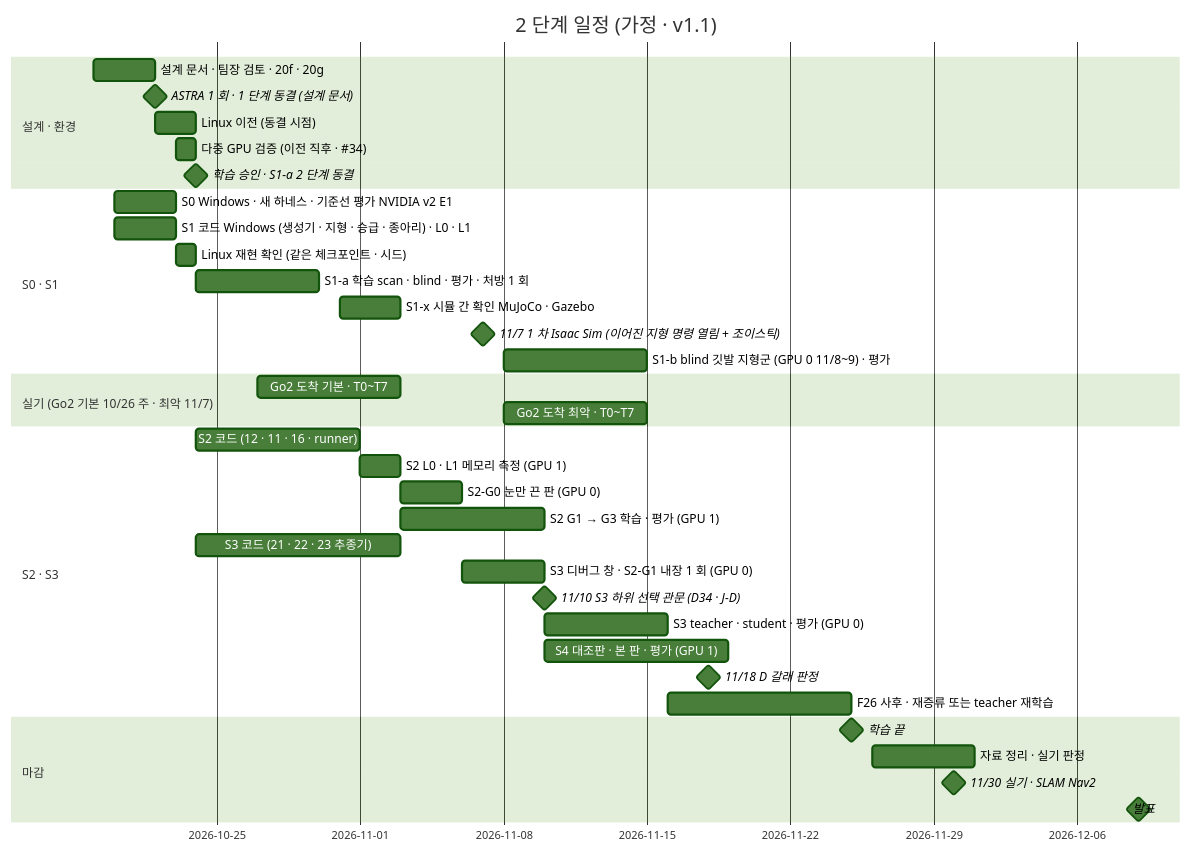
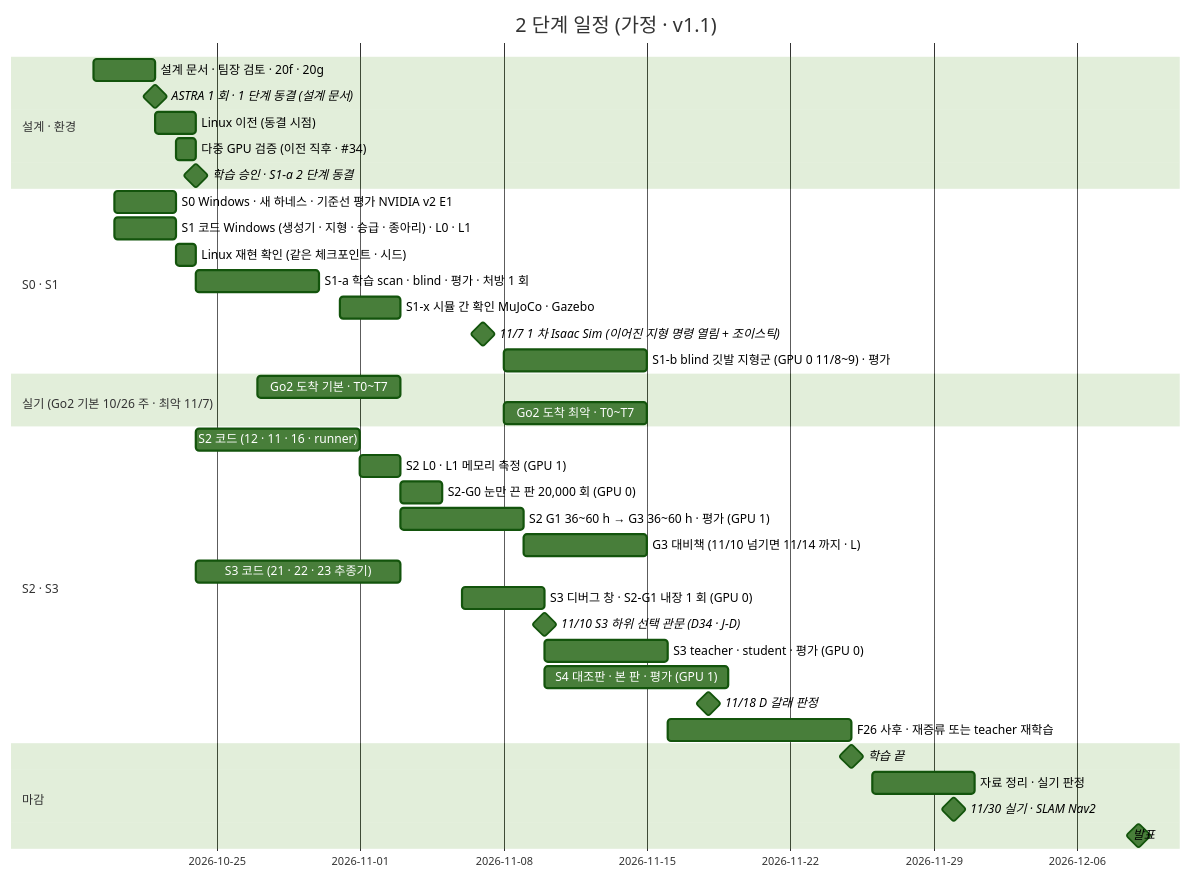
One commit to foothold-project/foothold-lab changed the diagram in inbox/jay/20261019-design/70-RESOURCES-SCHEDULE.md. Above: the diagram before and after it, drawn with Mermaid (forest theme). The commit also changed other lines of this file and 11 other files, not shown here.

````diff
--- a/inbox/jay/20261019-design/70-RESOURCES-SCHEDULE.md
+++ b/inbox/jay/20261019-design/70-RESOURCES-SCHEDULE.md
@@ -15,39 +15,40 @@
 ```mermaid
 gantt
   dateFormat  YYYY-MM-DD
   title 2 단계 일정 (가정 · v1.1)
   section 설계 · 환경
   설계 문서 · 팀장 검토 · 20f · 20g      :d1, 2026-10-19, 3d
   ASTRA 1 회 · 1 단계 동결 (설계 문서)   :milestone, 2026-10-22, 0d
   Linux 이전 (동결 시점)                  :p2, 2026-10-22, 2d
   다중 GPU 검증 (이전 직후 · #34)         :p3, 2026-10-23, 1d
   학습 승인 · S1-a 2 단계 동결            :milestone, 2026-10-24, 0d
   section S0 · S1
   S0 Windows · 새 하네스 · 기준선 평가 NVIDIA v2 E1 :s0, 2026-10-20, 3d
   S1 코드 Windows (생성기 · 지형 · 승급 · 종아리) · L0 · L1 :p1, 2026-10-20, 3d
   Linux 재현 확인 (같은 체크포인트 · 시드)  :s0x, 2026-10-23, 1d
   S1-a 학습 scan · blind · 평가 · 처방 1 회 :t1, 2026-10-24, 6d
   S1-x 시뮬 간 확인 MuJoCo · Gazebo       :t1x, 2026-10-31, 3d
   11/7 1 차 Isaac Sim (이어진 지형 명령 열림 + 조이스틱) :milestone, 2026-11-07, 0d
   S1-b blind 깃발 지형군 (GPU 0 11/8~9) · 평가 :t1b, 2026-11-08, 7d
   section 실기 (Go2 기본 10/26 주 · 최악 11/7)
   Go2 도착 기본 · T0~T7                   :r1, 2026-10-27, 7d
   Go2 도착 최악 · T0~T7                   :r2, 2026-11-08, 7d
   section S2 · S3
   S2 코드 (12 · 11 · 16 · runner)         :p4, 2026-10-24, 8d
   S2 L0 · L1 메모리 측정 (GPU 1)          :p5, 2026-11-01, 2d
-  S2-G0 눈만 끈 판 (GPU 0)                :t0, 2026-11-03, 3d
-  S2 G1 → G3 학습 · 평가 (GPU 1)          :t2, 2026-11-03, 7d
+  S2-G0 눈만 끈 판 20,000 회 (GPU 0)     :t0, 2026-11-03, 2d
+  S2 G1 36~60 h → G3 36~60 h · 평가 (GPU 1) :t2, 2026-11-03, 6d
+  G3 대비책 (11/10 넘기면 11/14 까지 · L)  :t2b, 2026-11-09, 6d
   S3 코드 (21 · 22 · 23 추종기)           :p6, 2026-10-24, 10d
   S3 디버그 창 · S2-G1 내장 1 회 (GPU 0)  :p7, 2026-11-06, 4d
   11/10 S3 하위 선택 관문 (D34 · J-D)     :milestone, 2026-11-10, 0d
   S3 teacher · student · 평가 (GPU 0)     :t3, 2026-11-10, 6d
   S4 대조판 · 본 판 · 평가 (GPU 1)        :t4, 2026-11-10, 9d
   11/18 D 갈래 판정                       :milestone, 2026-11-18, 0d
   F26 사후 · 재증류 또는 teacher 재학습   :t5, 2026-11-16, 9d
   section 마감
   학습 끝                                 :milestone, 2026-11-25, 0d
   자료 정리 · 실기 판정                   :2026-11-26, 5d
   11/30 실기 · SLAM Nav2                  :milestone, 2026-11-30, 0d
   발표                                    :milestone, 2026-12-09, 0d
 ```
````
